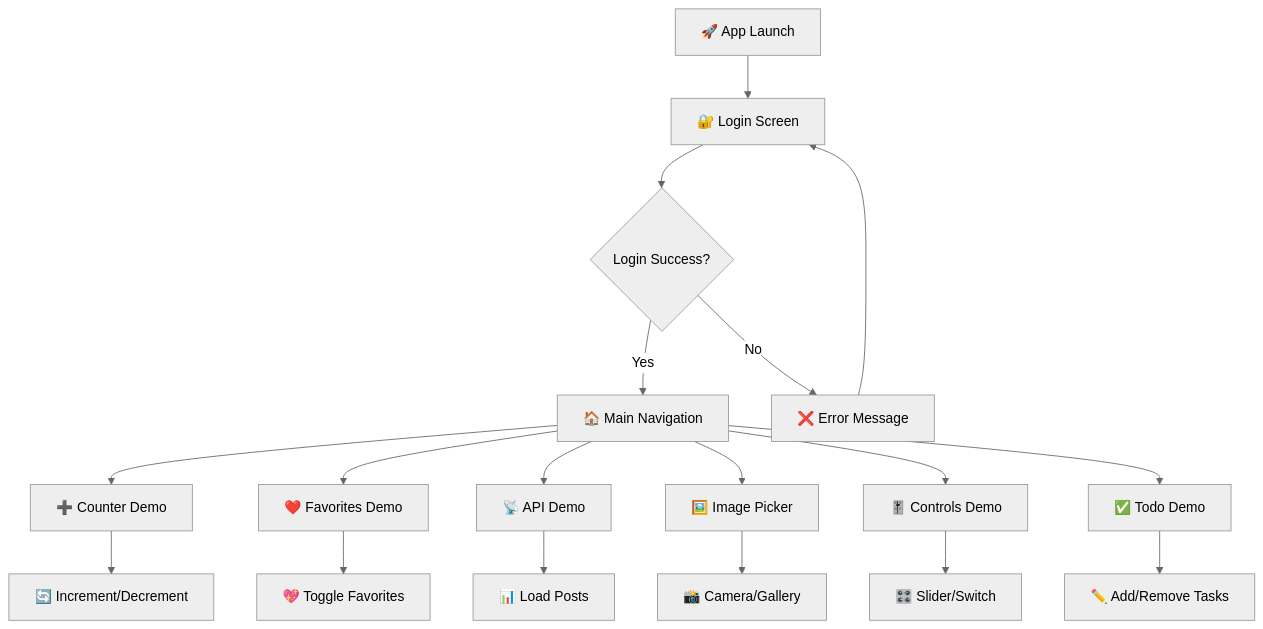
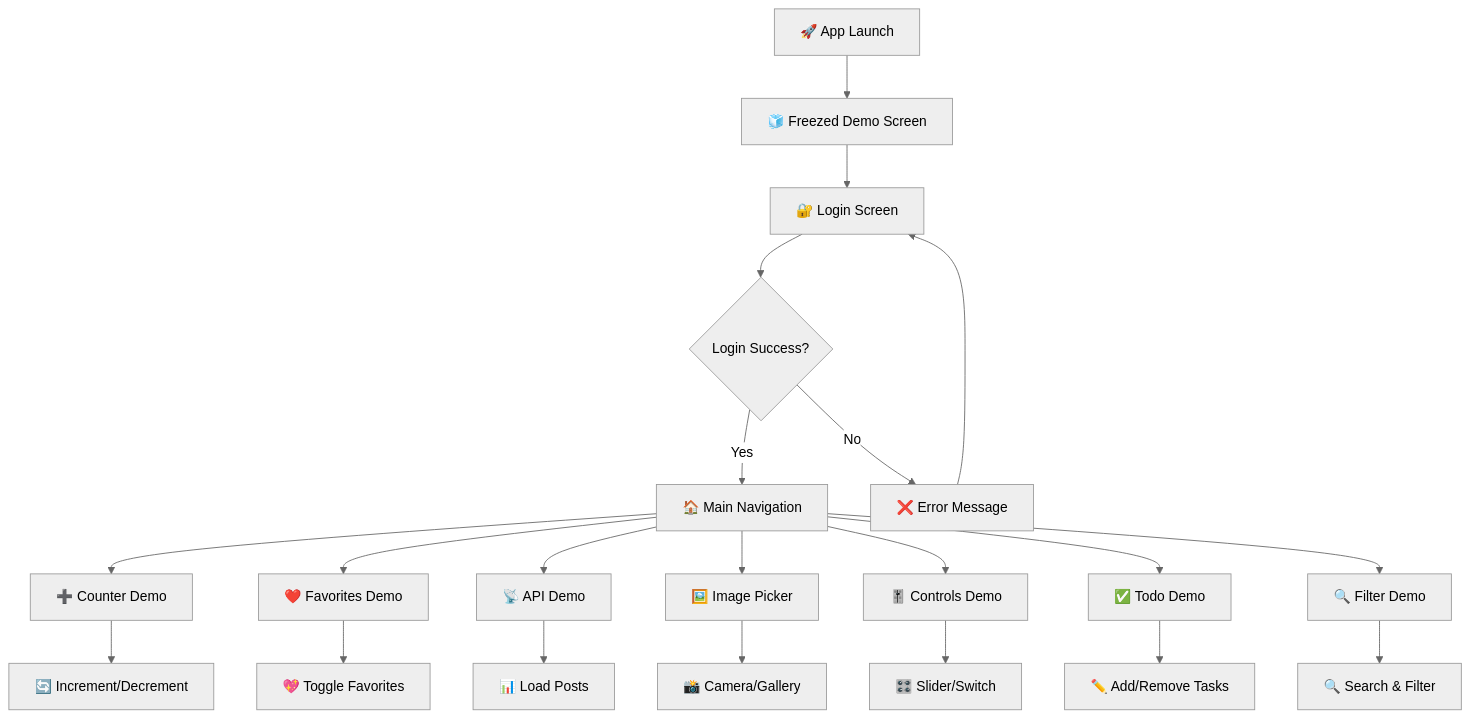
One commit to mraj555/BlocLabs changed the fourth of 4 diagrams in README.md. Above: the diagram before and after it, drawn with Mermaid (neutral theme). The commit also changed other lines of this file, not shown here.

````diff
--- a/README.md
+++ b/README.md
@@ -368,22 +402,25 @@
 ```mermaid
 graph TD
-    A[🚀 App Launch] --> B[🔐 Login Screen]
-    B --> C{Login Success?}
-    C -->|Yes| D[🏠 Main Navigation]
-    C -->|No| E[❌ Error Message]
-    E --> B
+    A[🚀 App Launch] --> B[🧊 Freezed Demo Screen]
+    B --> C[🔐 Login Screen]
+    C --> D{Login Success?}
+    D -->|Yes| E[🏠 Main Navigation]
+    D -->|No| F[❌ Error Message]
+    F --> C
     
-    D --> F[➕ Counter Demo]
-    D --> G[❤️ Favorites Demo]
-    D --> H[📡 API Demo]
-    D --> I[🖼️ Image Picker]
-    D --> J[🎚️ Controls Demo]
-    D --> K[✅ Todo Demo]
+    E --> G[➕ Counter Demo]
+    E --> H[❤️ Favorites Demo]
+    E --> I[📡 API Demo]
+    E --> J[🖼️ Image Picker]
+    E --> K[🎚️ Controls Demo]
+    E --> L[✅ Todo Demo]
+    E --> M[🔍 Filter Demo]
     
-    F --> L[🔄 Increment/Decrement]
-    G --> M[💖 Toggle Favorites]
-    H --> N[📊 Load Posts]
-    I --> O[📸 Camera/Gallery]
-    J --> P[🎛️ Slider/Switch]
-    K --> Q[✏️ Add/Remove Tasks]
+    G --> N[🔄 Increment/Decrement]
+    H --> O[💖 Toggle Favorites]
+    I --> P[📊 Load Posts]
+    J --> Q[📸 Camera/Gallery]
+    K --> R[🎛️ Slider/Switch]
+    L --> S[✏️ Add/Remove Tasks]
+    M --> T[🔍 Search & Filter]
 ```
````
